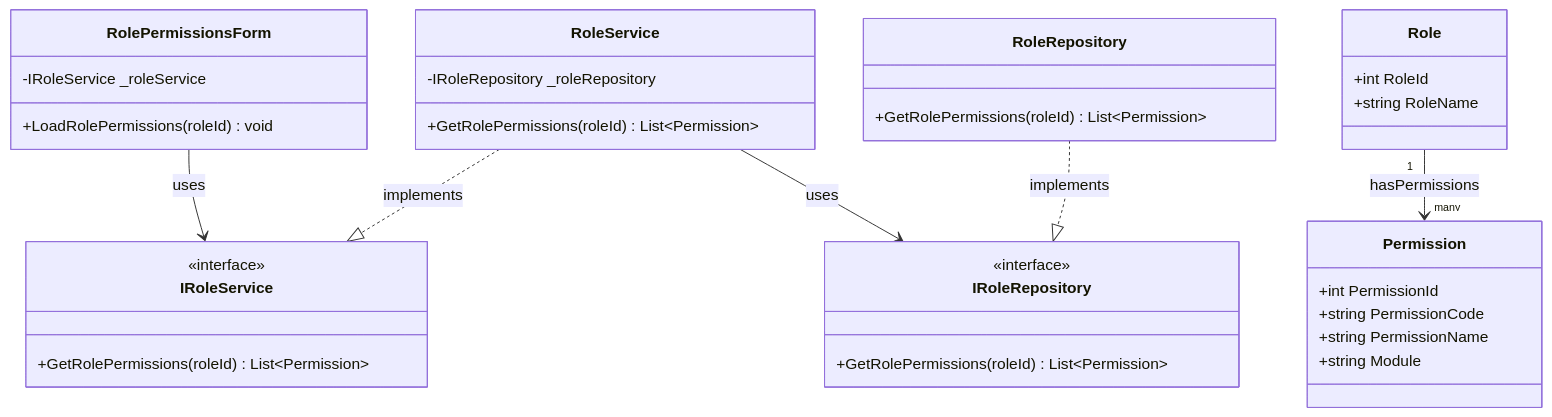
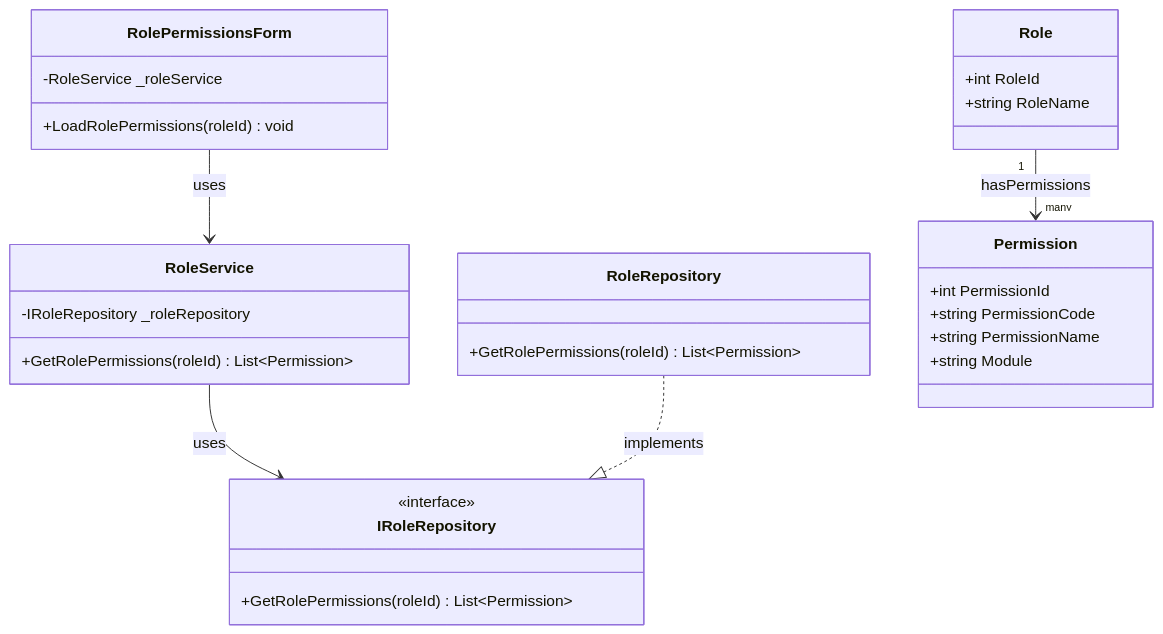
Diagram 15 of 18 in Documentation/UML_Diagrams/20_Roles_UseCases.md (nahuk86/tp_diploma_nk_2026), drawn with Mermaid before and after one commit. The commit also changed other lines of this file and 1 other file, not shown here.

First line of the commit message:
docs: remove non-existent IUserService and IRoleService interface references

````diff
--- a/Documentation/UML_Diagrams/20_Roles_UseCases.md
+++ b/Documentation/UML_Diagrams/20_Roles_UseCases.md
@@ -572,44 +526,38 @@
 ```mermaid
 classDiagram
     class RolePermissionsForm {
-        -IRoleService _roleService
+        -RoleService _roleService
         +LoadRolePermissions(roleId) void
-    }
-
-    class IRoleService {
-        <<interface>>
-        +GetRolePermissions(roleId) List~Permission~
     }
 
     class RoleService {
         -IRoleRepository _roleRepository
         +GetRolePermissions(roleId) List~Permission~
     }
 
     class IRoleRepository {
         <<interface>>
         +GetRolePermissions(roleId) List~Permission~
     }
 
     class RoleRepository {
         +GetRolePermissions(roleId) List~Permission~
     }
 
     class Role {
         +int RoleId
         +string RoleName
     }
 
     class Permission {
         +int PermissionId
         +string PermissionCode
         +string PermissionName
         +string Module
     }
 
-    RolePermissionsForm --> IRoleService : uses
-    RoleService ..|> IRoleService : implements
+    RolePermissionsForm --> RoleService : uses
     RoleService --> IRoleRepository : uses
     RoleRepository ..|> IRoleRepository : implements
     Role "1" --> "many" Permission : hasPermissions
 ```
````
